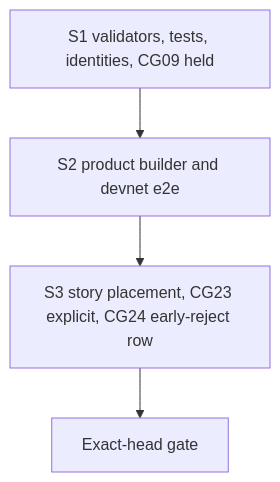
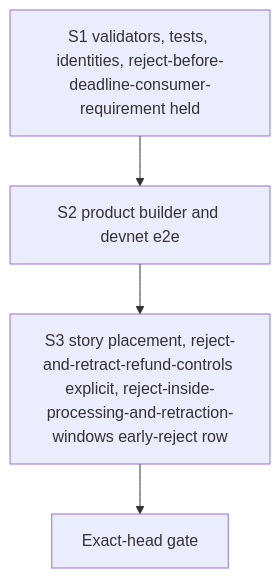
The diagram in specs/320-early-request-rejection/plan.md (lambdasistemi/singular), drawn with Mermaid before and after one commit. The commit also changed other lines of this file and 497 other files, not shown here.

````diff
--- a/specs/320-early-request-rejection/plan.md
+++ b/specs/320-early-request-rejection/plan.md
@@ -7,6 +7,6 @@
 ```mermaid
 flowchart TD
-    S1[S1 validators, tests, identities, CG09 held] --> S2[S2 product builder and devnet e2e]
-    S2 --> S3[S3 story placement, CG23 explicit, CG24 early-reject row]
+    S1[S1 validators, tests, identities, reject-before-deadline-consumer-requirement held] --> S2[S2 product builder and devnet e2e]
+    S2 --> S3[S3 story placement, reject-and-retract-refund-controls explicit, reject-inside-processing-and-retraction-windows early-reject row]
     S3 --> G[Exact-head gate]
 ```
````
